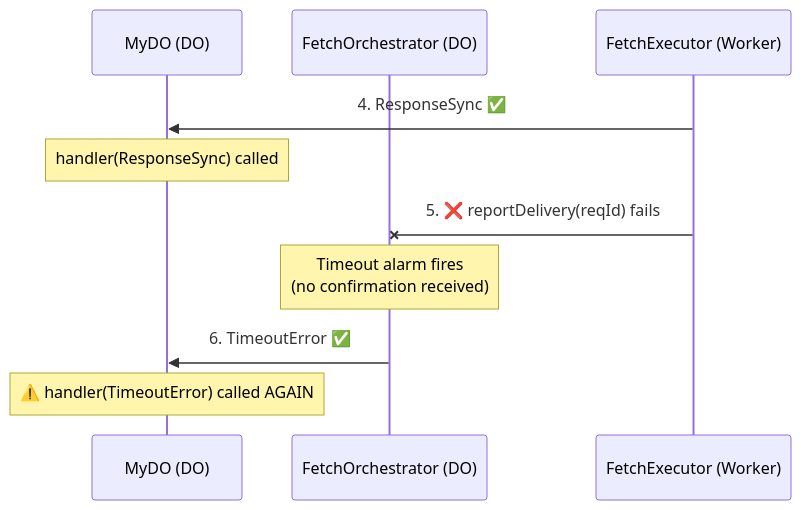
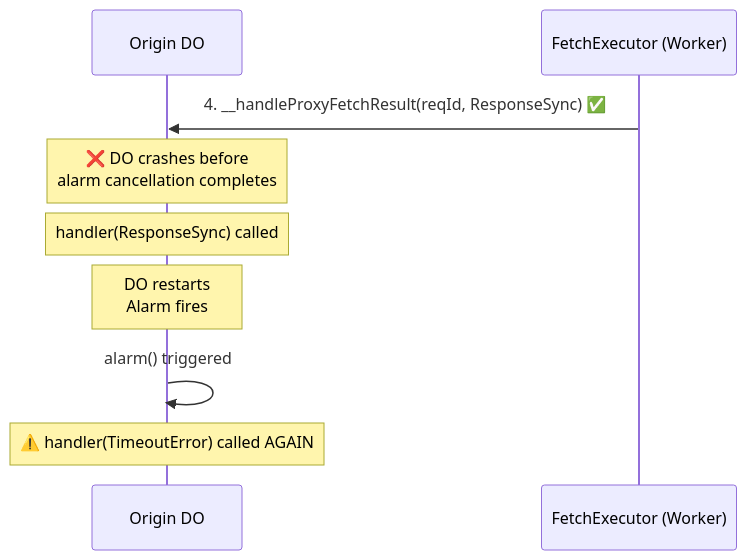
One commit to lumenize/lumenize changed diagram 11 of 14 in website/docs/proxy-fetch/architecture-and-failure-modes.mdx. Above: the diagram before and after it, drawn with Mermaid. The commit also changed other lines of this file and 46 other files, not shown here.

Commit message:
Still doing cleanup and code review on proxy-fetch but almost there

````diff
--- a/website/docs/proxy-fetch/architecture-and-failure-modes.mdx
+++ b/website/docs/proxy-fetch/architecture-and-failure-modes.mdx
@@ -396,16 +495,14 @@
 ```mermaid @skip-check
 sequenceDiagram
-    participant MyDO as MyDO (DO)
-    participant Orch as FetchOrchestrator (DO)
+    participant Origin as Origin DO
     participant Exec as FetchExecutor (Worker)
 
-    Exec->>MyDO: 4. ResponseSync ✅
-    Note over MyDO: handler(ResponseSync) called
+    Exec->>Origin: 4. __handleProxyFetchResult(reqId, ResponseSync) ✅
+    Note over Origin: ❌ DO crashes before<br/>alarm cancellation completes
+    Note over Origin: handler(ResponseSync) called
     
-    Exec-xOrch: 5. ❌ reportDelivery(reqId) fails
+    Note over Origin: DO restarts<br/>Alarm fires
     
-    Note over Orch: Timeout alarm fires<br/>(no confirmation received)
-    
-    Orch->>MyDO: 6. TimeoutError ✅
-    Note over MyDO: ⚠️ handler(TimeoutError) called AGAIN
+    Origin->>Origin: alarm() triggered
+    Note over Origin: ⚠️ handler(TimeoutError) called AGAIN
 ```
````
